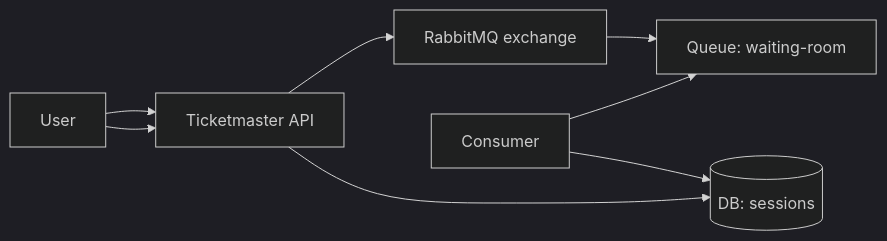
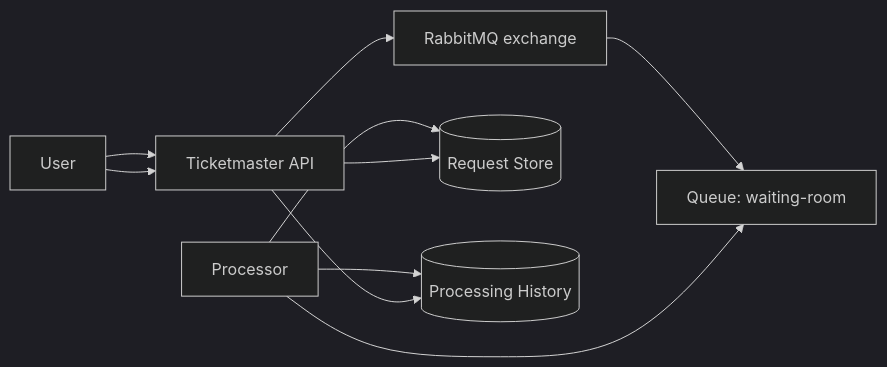
Before and after one commit to ShalomDeitch1/examples: the first of 2 diagrams in ticketmaster/tech-waiting-room/rabbitmq/README.md, drawn with Mermaid (dark theme). The commit also changed other lines of this file and 5 other files, not shown here.

````diff
--- a/ticketmaster/tech-waiting-room/rabbitmq/README.md
+++ b/ticketmaster/tech-waiting-room/rabbitmq/README.md
@@ -16,10 +17,12 @@
 ```mermaid
 flowchart LR
   U[User] --> TM[Ticketmaster API]
   TM --> X[RabbitMQ exchange]
   X --> Q[Queue: waiting-room]
-  C[Consumer] --> Q
-  C --> DB[(DB: sessions)]
+  P[Processor] --> Q
+  P --> S[(Request Store)]
+  P --> H[(Processing History)]
   U --> TM
-  TM --> DB
+  TM --> S
+  TM --> H
 ```
````
